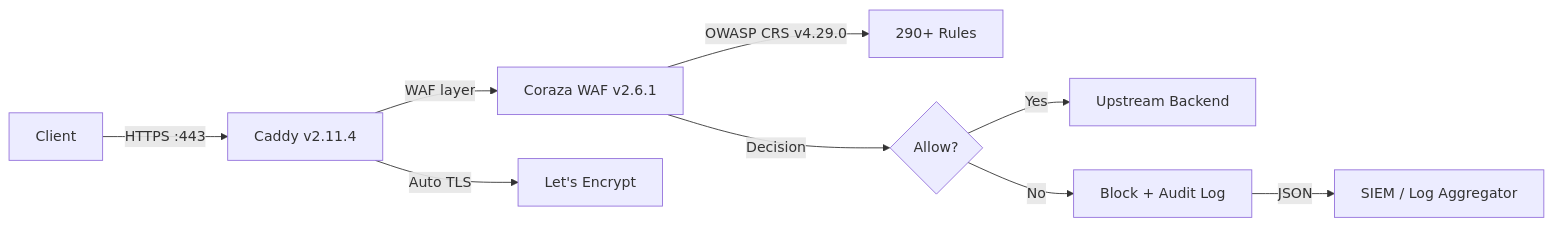
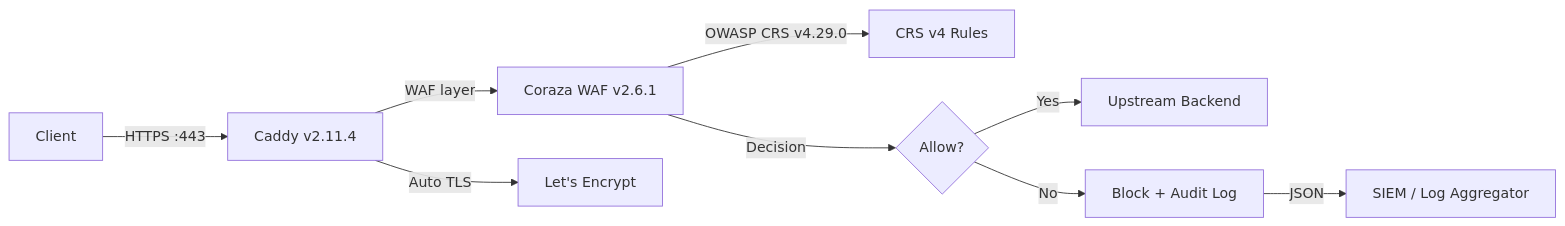
One commit to Developmi/caddy-waf changed the diagram in README.md. Above: the diagram before and after it, drawn with Mermaid. The commit also changed other lines of this file, not shown here.

````diff
--- a/README.md
+++ b/README.md
@@ -154,11 +154,11 @@
 ```mermaid
 flowchart LR
     Client[Client] -->|HTTPS :443| Caddy[Caddy v2.11.4]
     Caddy -->|WAF layer| Coraza[Coraza WAF v2.6.1]
-    Coraza -->|OWASP CRS v4.29.0| Rules[290+ Rules]
+    Coraza -->|OWASP CRS v4.29.0| Rules[CRS v4 Rules]
     Coraza -->|Decision| Action{Allow?}
     Action -->|Yes| Backend[Upstream Backend]
     Action -->|No| Block[Block + Audit Log]
     Block -->|JSON| SIEM[SIEM / Log Aggregator]
     Caddy -->|Auto TLS| LE[Let's Encrypt]
 ```
````
